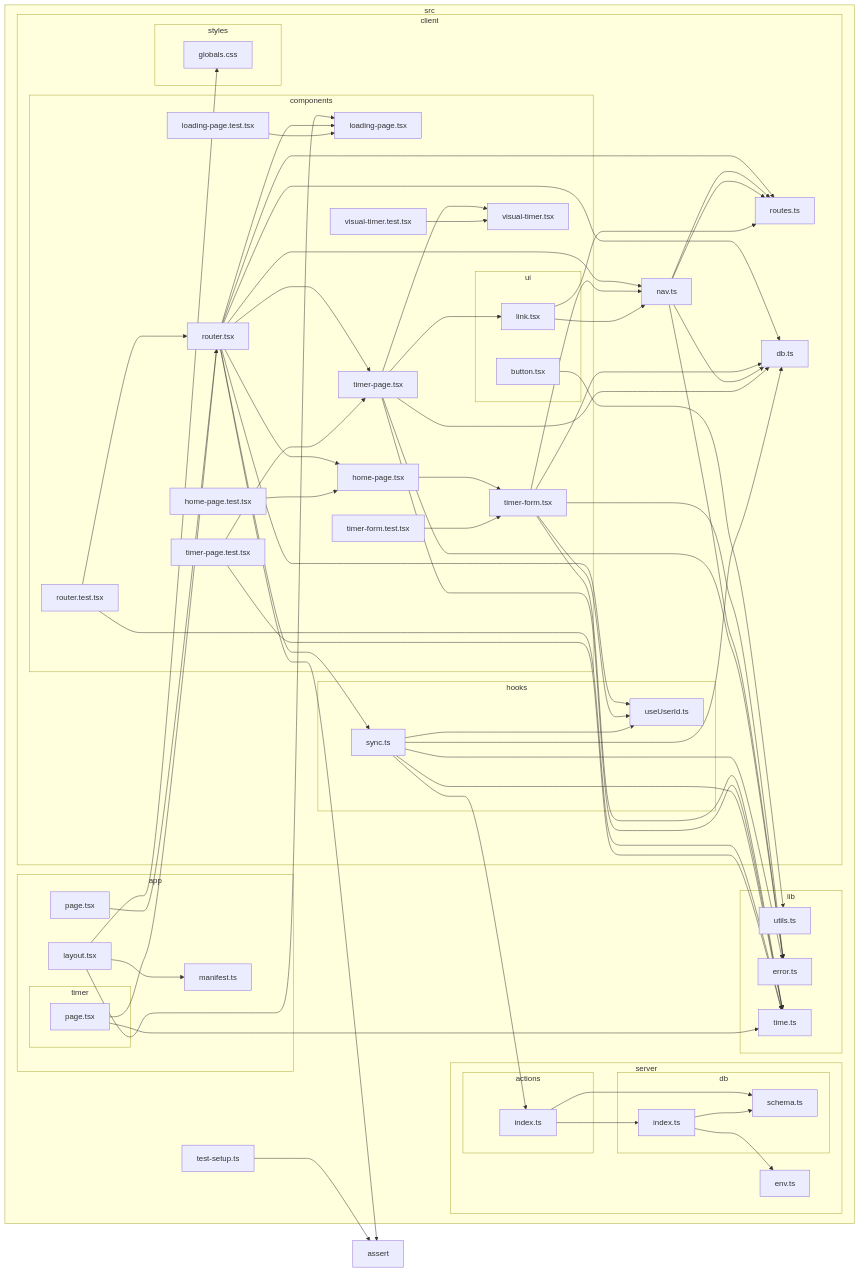
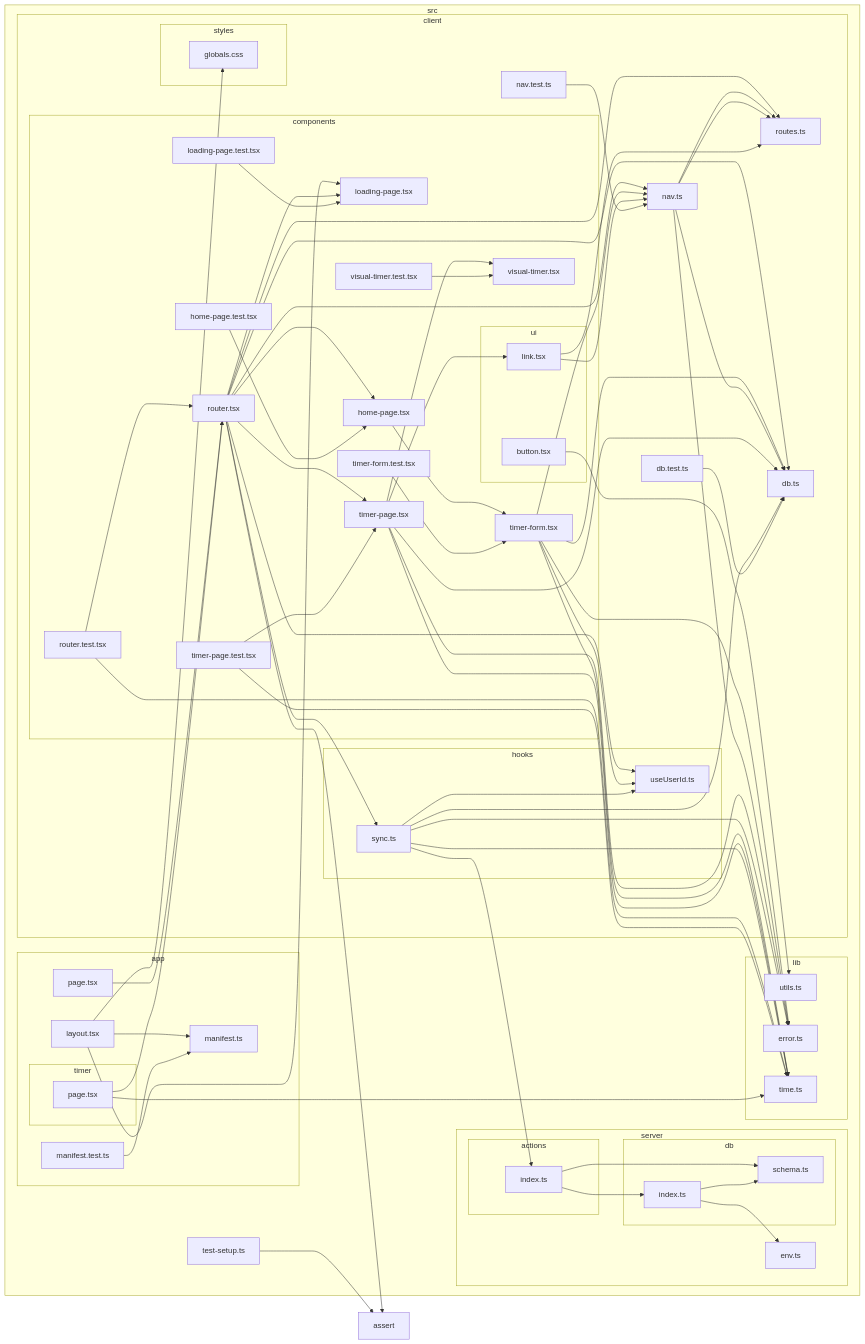
The diagram in reports/dependency-graph.mmd (axolotl-logic/work-time), drawn with Mermaid before and after one commit. The commit also changed 1 other file, not shown here.

Commit message:
Commit from GitHub Actions (Dependency Sanity)

```diff
--- a/reports/dependency-graph.mmd
+++ b/reports/dependency-graph.mmd
@@ -1,110 +1,116 @@
 flowchart LR
 
 subgraph 0["src"]
 subgraph 1["app"]
 2["layout.tsx"]
 6["manifest.ts"]
-9["page.tsx"]
-subgraph Y["timer"]
-Z["page.tsx"]
+9["manifest.test.ts"]
+A["page.tsx"]
+subgraph Z["timer"]
+10["page.tsx"]
 end
 end
 subgraph 3["client"]
 subgraph 4["styles"]
 5["globals.css"]
 end
 subgraph 7["components"]
 8["loading-page.tsx"]
-A["router.tsx"]
-C["home-page.tsx"]
-D["timer-form.tsx"]
-M["timer-page.tsx"]
-subgraph N["ui"]
-O["link.tsx"]
-15["button.tsx"]
+B["router.tsx"]
+D["home-page.tsx"]
+E["timer-form.tsx"]
+N["timer-page.tsx"]
+subgraph O["ui"]
+P["link.tsx"]
+16["button.tsx"]
 end
-P["visual-timer.tsx"]
-10["home-page.test.tsx"]
-11["loading-page.test.tsx"]
-12["router.test.tsx"]
-13["timer-form.test.tsx"]
-14["timer-page.test.tsx"]
-17["visual-timer.test.tsx"]
+Q["visual-timer.tsx"]
+11["home-page.test.tsx"]
+12["loading-page.test.tsx"]
+13["router.test.tsx"]
+14["timer-form.test.tsx"]
+15["timer-page.test.tsx"]
+18["visual-timer.test.tsx"]
 end
-E["nav.ts"]
-F["routes.ts"]
-G["db.ts"]
-subgraph J["hooks"]
-K["useUserId.ts"]
-Q["sync.ts"]
+F["nav.ts"]
+G["routes.ts"]
+H["db.ts"]
+subgraph K["hooks"]
+L["useUserId.ts"]
+R["sync.ts"]
 end
+19["db.test.ts"]
+1A["nav.test.ts"]
 end
-subgraph H["lib"]
-I["error.ts"]
-L["time.ts"]
-16["utils.ts"]
+subgraph I["lib"]
+J["error.ts"]
+M["time.ts"]
+17["utils.ts"]
 end
-subgraph R["server"]
-subgraph S["actions"]
-T["index.ts"]
+subgraph S["server"]
+subgraph T["actions"]
+U["index.ts"]
 end
-subgraph U["db"]
-V["schema.ts"]
-W["index.ts"]
+subgraph V["db"]
+W["schema.ts"]
+X["index.ts"]
 end
-X["env.ts"]
+Y["env.ts"]
 end
-18["test-setup.ts"]
+1B["test-setup.ts"]
 end
-B["assert"]
+C["assert"]
 2-->6
 2-->8
 2-->5
-9-->A
-A-->C
-A-->8
-A-->M
-A-->G
-A-->Q
-A-->K
-A-->E
-A-->F
+9-->6
 A-->B
-C-->D
+B-->D
+B-->8
+B-->N
+B-->H
+B-->R
+B-->L
+B-->F
+B-->G
+B-->C
 D-->E
-D-->G
-D-->K
-D-->I
-D-->L
 E-->F
-E-->G
-E-->F
-E-->I
-M-->G
-M-->O
-M-->P
-M-->I
-M-->L
-O-->E
-O-->F
-Q-->K
-Q-->G
-Q-->I
-Q-->L
-Q-->T
-T-->V
-T-->W
-W-->V
-W-->X
-Z-->A
-Z-->L
-10-->C
-11-->8
-12-->A
-12-->L
-13-->D
-14-->M
-14-->L
-15-->16
-17-->P
-18-->B
+E-->H
+E-->L
+E-->J
+E-->M
+F-->G
+F-->H
+F-->G
+F-->J
+N-->H
+N-->P
+N-->Q
+N-->J
+N-->M
+P-->F
+P-->G
+R-->L
+R-->H
+R-->J
+R-->M
+R-->U
+U-->W
+U-->X
+X-->W
+X-->Y
+10-->B
+10-->M
+11-->D
+12-->8
+13-->B
+13-->M
+14-->E
+15-->N
+15-->M
+16-->17
+18-->Q
+19-->H
+1A-->F
+1B-->C
```
